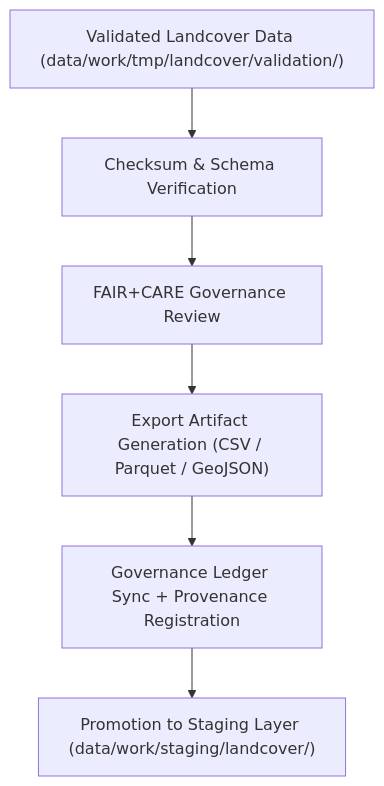
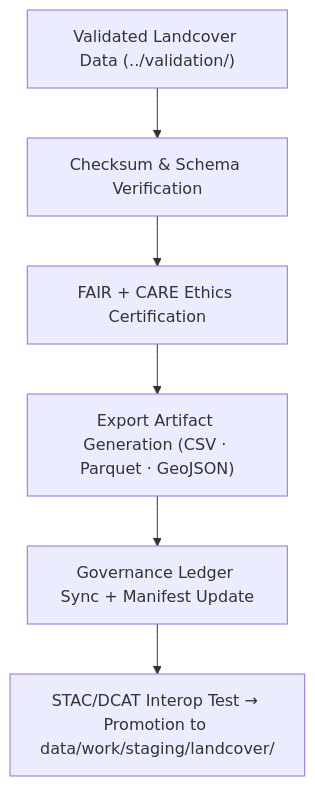
Before and after one commit to bartytime4life/Kansas-Frontier-Matrix: the diagram in data/work/tmp/landcover/exports/README.md, drawn with Mermaid. The commit also changed other lines of this file, not shown here.

````diff
--- a/data/work/tmp/landcover/exports/README.md
+++ b/data/work/tmp/landcover/exports/README.md
@@ -64,8 +67,8 @@
 ```mermaid
 flowchart TD
-    A["Validated Landcover Data (data/work/tmp/landcover/validation/)"] --> B["Checksum & Schema Verification"]
-    B --> C["FAIR+CARE Governance Review"]
-    C --> D["Export Artifact Generation (CSV / Parquet / GeoJSON)"]
-    D --> E["Governance Ledger Sync + Provenance Registration"]
-    E --> F["Promotion to Staging Layer (data/work/staging/landcover/)"]
+    A["Validated Landcover Data (../validation/)"] --> B["Checksum & Schema Verification"]
+    B --> C["FAIR + CARE Ethics Certification"]
+    C --> D["Export Artifact Generation (CSV · Parquet · GeoJSON)"]
+    D --> E["Governance Ledger Sync + Manifest Update"]
+    E --> F["STAC/DCAT Interop Test → Promotion to data/work/staging/landcover/"]
 ```
````
